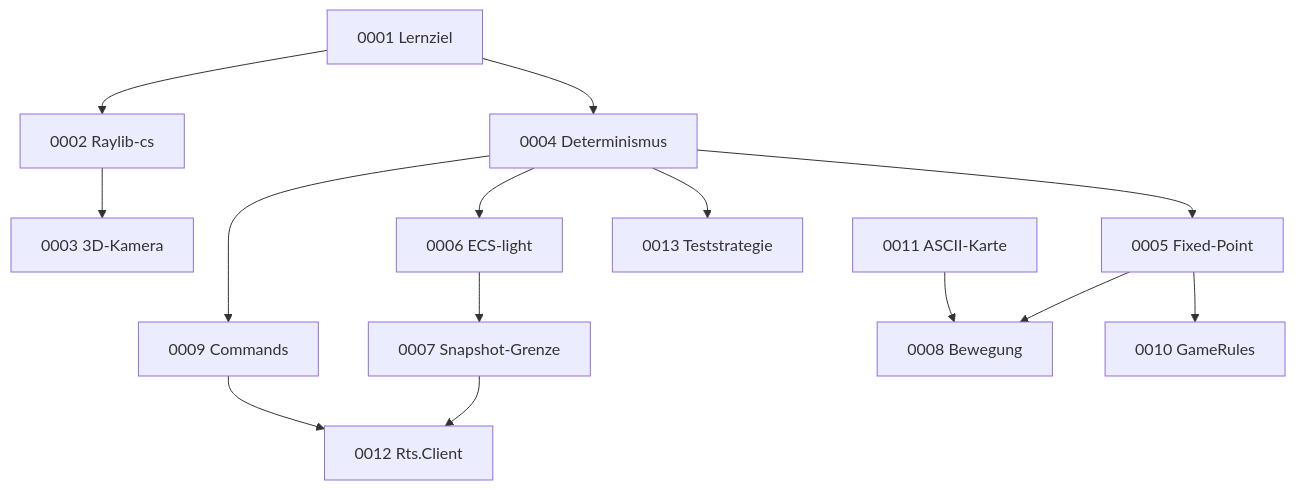
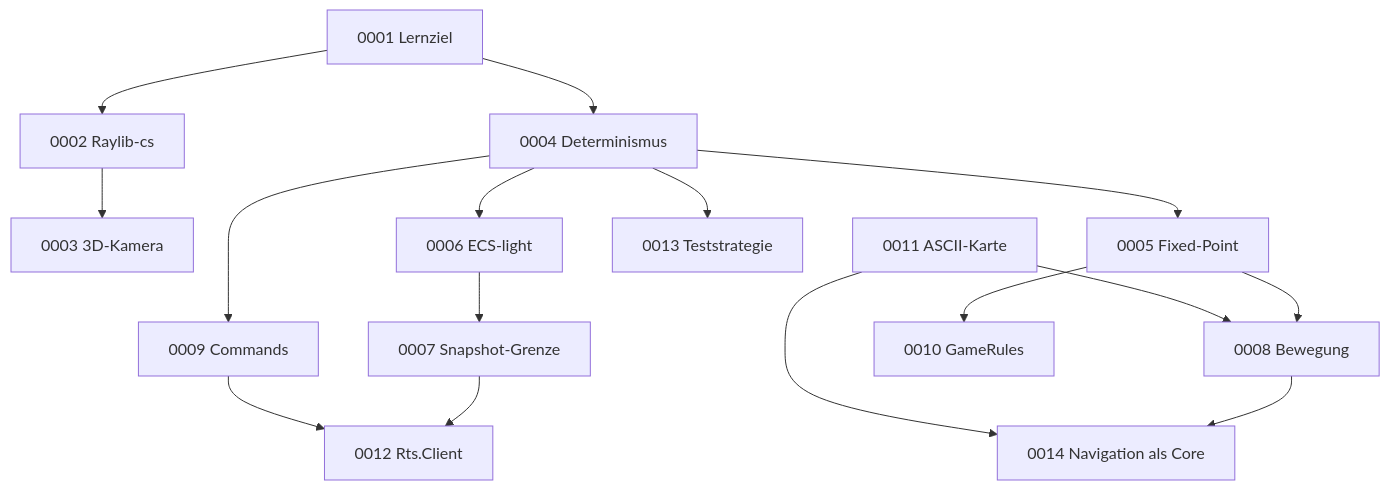
The diagram in docs/decisions/README.md (Traenqui/rts-engine), drawn with Mermaid before and after one commit. The commit also changed other lines of this file and 22 other files, not shown here.

Commit message:
feat: navigation as core library, tile/world conversion, ASCII map parser (#5)

````diff
--- a/docs/decisions/README.md
+++ b/docs/decisions/README.md
@@ -23,16 +24,18 @@
 ```mermaid
 graph TD
     A1[0001 Lernziel] --> A2[0002 Raylib-cs]
     A1 --> A4[0004 Determinismus]
     A2 --> A3[0003 3D-Kamera]
     A4 --> A5[0005 Fixed-Point]
     A4 --> A6[0006 ECS-light]
     A4 --> A9[0009 Commands]
     A6 --> A7[0007 Snapshot-Grenze]
     A5 --> A8[0008 Bewegung]
     A5 --> A10[0010 GameRules]
     A7 --> A12[0012 Rts.Client]
     A9 --> A12
     A4 --> A13[0013 Teststrategie]
     A11[0011 ASCII-Karte] --> A8
+    A8 --> A14[0014 Navigation als Core]
+    A11 --> A14
 ```
````
